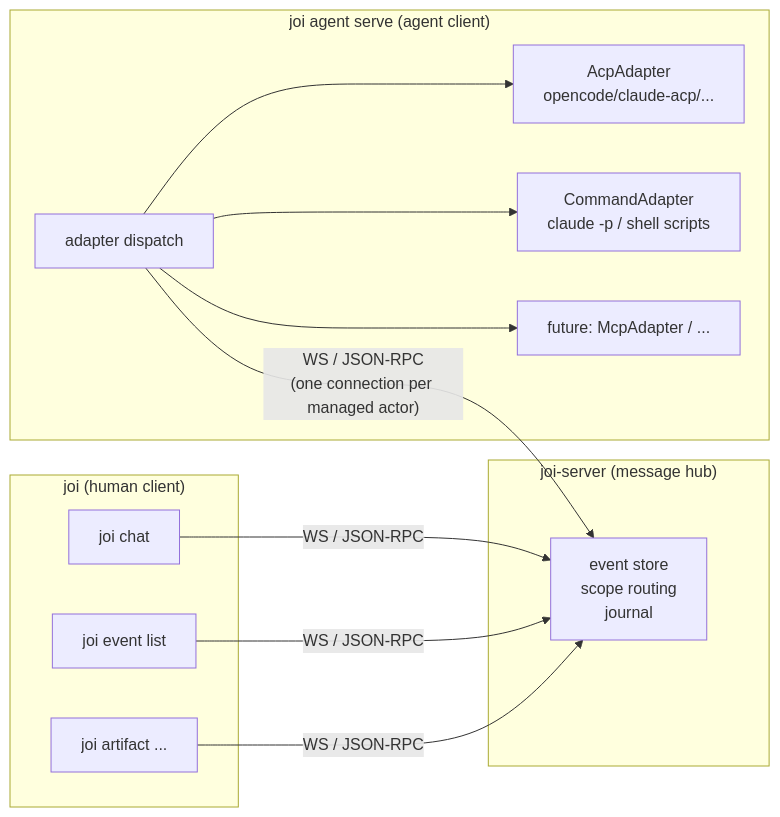
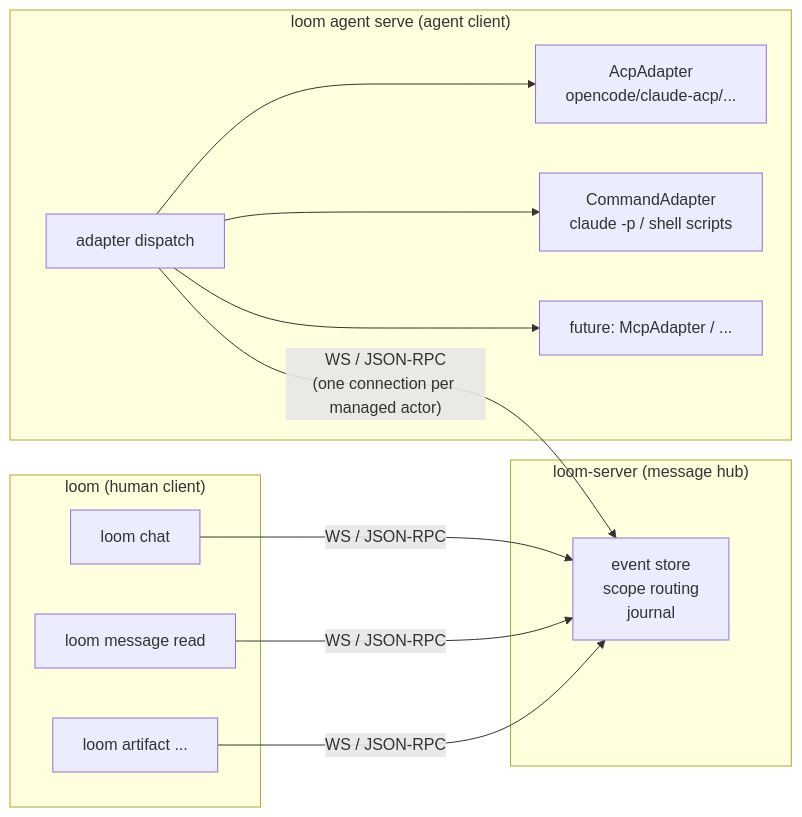
The first of 6 diagrams in docs/architecture-v1-agent-client.md (wyw-ai/loom), drawn with Mermaid before and after one commit. The commit also changed other lines of this file and 175 other files, not shown here.

````diff
--- a/docs/architecture-v1-agent-client.md
+++ b/docs/architecture-v1-agent-client.md
@@ -66,24 +66,24 @@
 ```mermaid
 graph LR
-    subgraph "joi-server (message hub)"
+    subgraph "loom-server (message hub)"
         S[event store<br/>scope routing<br/>journal]
     end
 
-    subgraph "joi (human client)"
-        H1[joi chat]
-        H2[joi event list]
-        H3[joi artifact ...]
+    subgraph "loom (human client)"
+        H1[loom chat]
+        H2[loom message read]
+        H3[loom artifact ...]
     end
 
-    subgraph "joi agent serve (agent client)"
+    subgraph "loom agent serve (agent client)"
         A[adapter dispatch]
         A --> A1[AcpAdapter<br/>opencode/claude-acp/...]
         A --> A2[CommandAdapter<br/>claude -p / shell scripts]
         A --> A3["future: McpAdapter / ..."]
     end
 
     H1 -- "WS / JSON-RPC" --> S
     H2 -- "WS / JSON-RPC" --> S
     H3 -- "WS / JSON-RPC" --> S
     A  -- "WS / JSON-RPC<br/>(one connection per managed actor)" --> S
 ```
````
